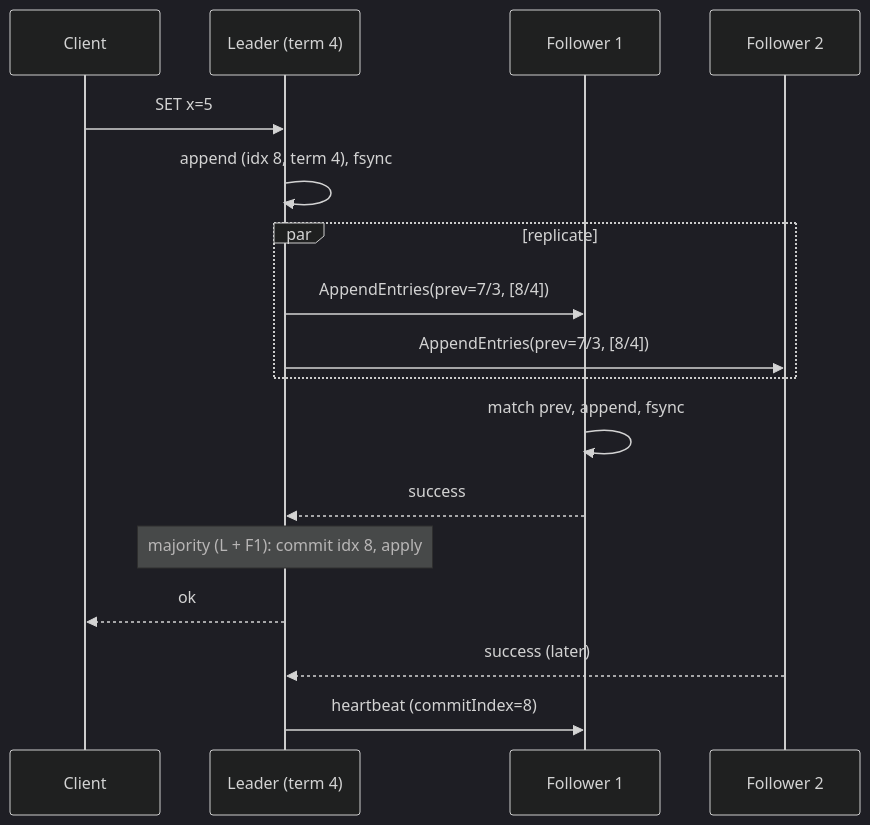
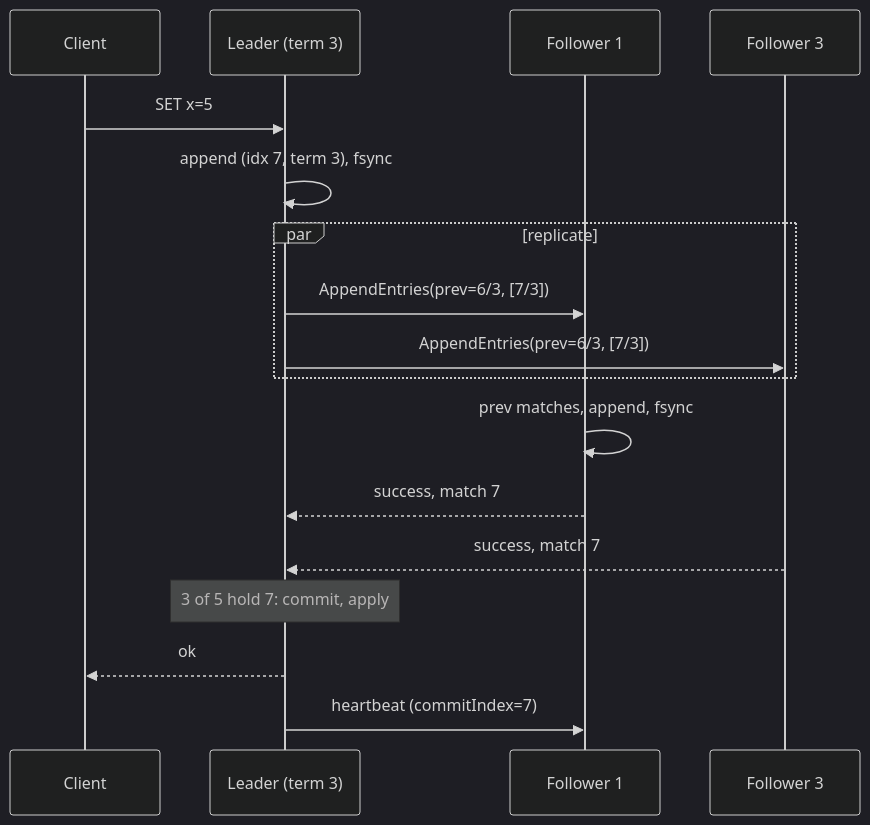
One commit to thull32/ascend changed the diagram in content/tracks/09-system-design/02-distributed-systems/03-consensus-raft.md. Above: the diagram before and after it, drawn with Mermaid (dark theme). The commit also changed other lines of this file and 11 other files, not shown here.

````diff
--- a/content/tracks/09-system-design/02-distributed-systems/03-consensus-raft.md
+++ b/content/tracks/09-system-design/02-distributed-systems/03-consensus-raft.md
@@ -45,19 +73,19 @@
 ```mermaid
 sequenceDiagram
     participant C as Client
-    participant L as Leader (term 4)
+    participant L as Leader (term 3)
     participant F1 as Follower 1
-    participant F2 as Follower 2
+    participant F3 as Follower 3
     C->>L: SET x=5
-    L->>L: append (idx 8, term 4), fsync
+    L->>L: append (idx 7, term 3), fsync
     par replicate
-        L->>F1: AppendEntries(prev=7/3, [8/4])
-        L->>F2: AppendEntries(prev=7/3, [8/4])
+        L->>F1: AppendEntries(prev=6/3, [7/3])
+        L->>F3: AppendEntries(prev=6/3, [7/3])
     end
-    F1->>F1: match prev, append, fsync
-    F1-->>L: success
-    Note over L: majority (L + F1): commit idx 8, apply
+    F1->>F1: prev matches, append, fsync
+    F1-->>L: success, match 7
+    F3-->>L: success, match 7
+    Note over L: 3 of 5 hold 7: commit, apply
     L-->>C: ok
-    F2-->>L: success (later)
-    L->>F1: heartbeat (commitIndex=8)
+    L->>F1: heartbeat (commitIndex=7)
 ```
````
